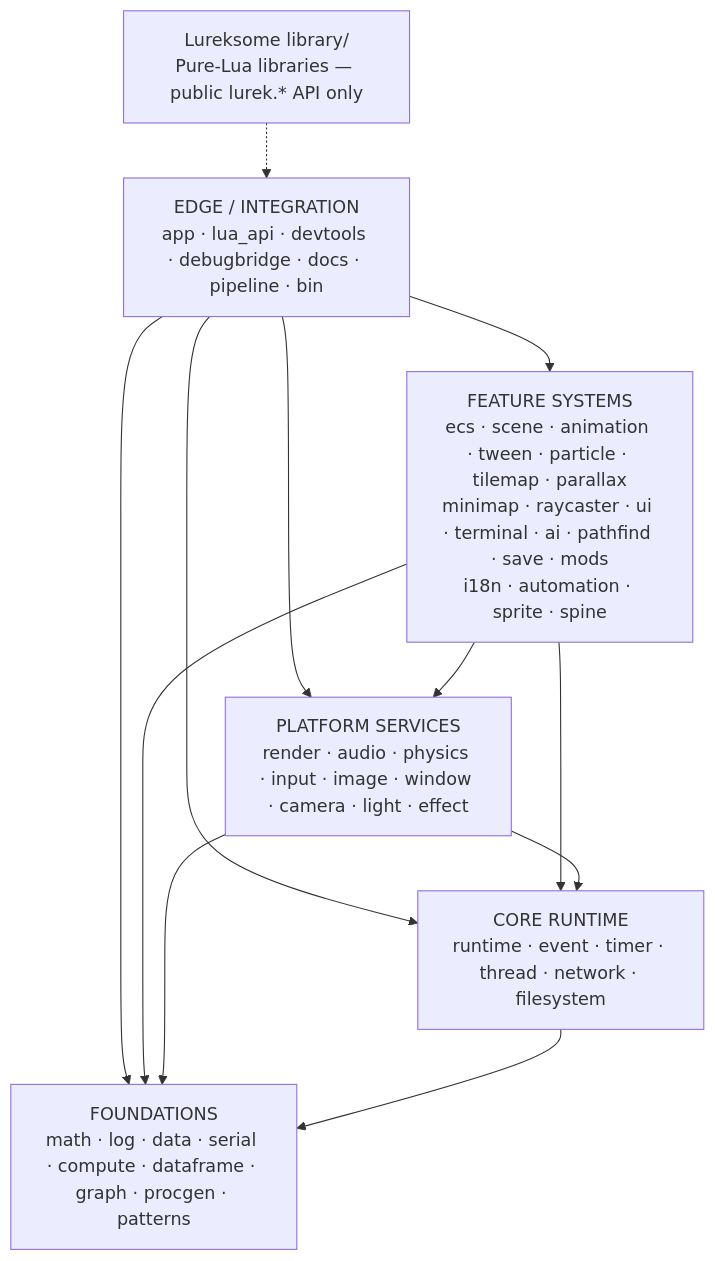
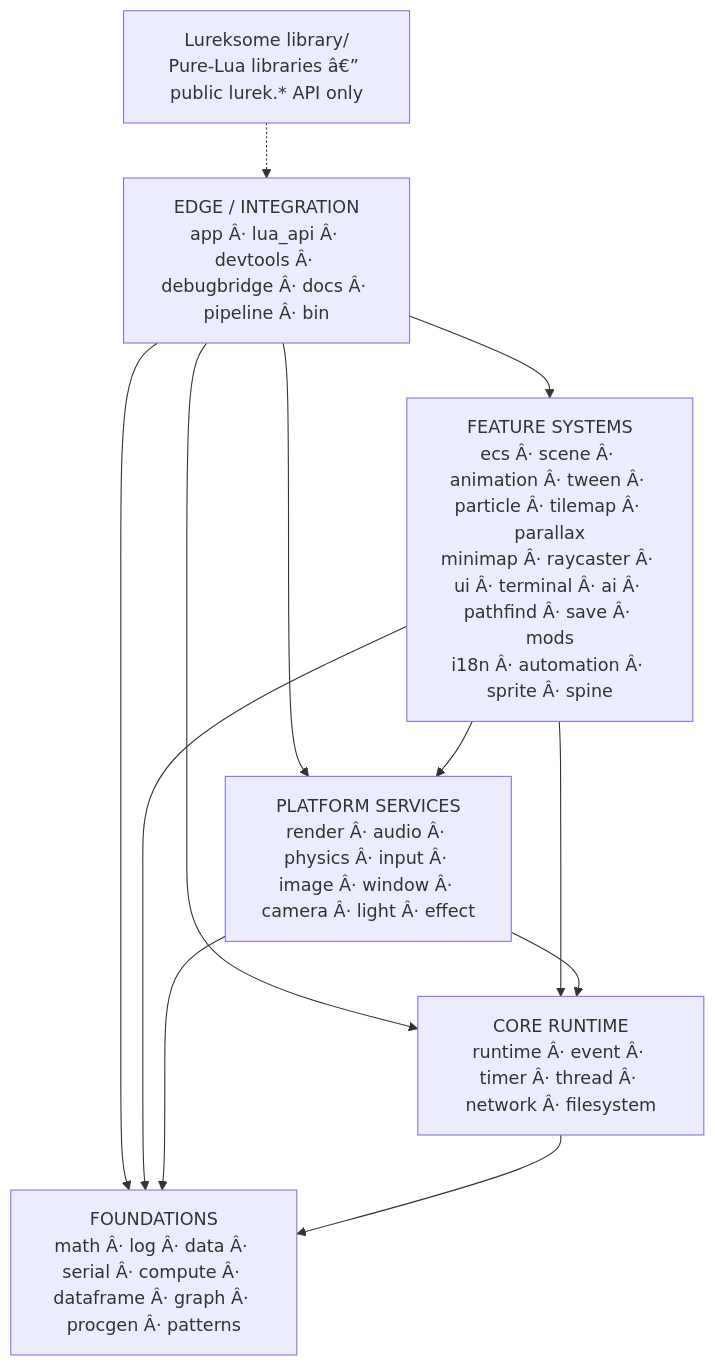
Before and after one commit to Lurek2D/lurek_2d: the first of 7 diagrams in docs/architecture/engine-architecture.md, drawn with Mermaid. The commit also changed other lines of this file and 174 other files, not shown here.

````diff
--- a/docs/architecture/engine-architecture.md
+++ b/docs/architecture/engine-architecture.md
@@ -62,21 +62,21 @@
 ```mermaid
 graph TD
-    E["EDGE / INTEGRATION<br/>app · lua_api · devtools · debugbridge · docs · pipeline · bin"]
-    F["FEATURE SYSTEMS<br/>ecs · scene · animation · tween · particle · tilemap · parallax<br/>minimap · raycaster · ui · terminal · ai · pathfind · save · mods<br/>i18n · automation · sprite · spine"]
-    P["PLATFORM SERVICES<br/>render · audio · physics · input · image · window · camera · light · effect"]
-    C["CORE RUNTIME<br/>runtime · event · timer · thread · network · filesystem"]
-    B["FOUNDATIONS<br/>math · log · data · serial · compute · dataframe · graph · procgen · patterns"]
-    L["Lureksome library/<br/>Pure-Lua libraries — public lurek.* API only"]
+    E["EDGE / INTEGRATION<br/>app Â· lua_api Â· devtools Â· debugbridge Â· docs Â· pipeline Â· bin"]
+    F["FEATURE SYSTEMS<br/>ecs Â· scene Â· animation Â· tween Â· particle Â· tilemap Â· parallax<br/>minimap Â· raycaster Â· ui Â· terminal Â· ai Â· pathfind Â· save Â· mods<br/>i18n Â· automation Â· sprite Â· spine"]
+    P["PLATFORM SERVICES<br/>render Â· audio Â· physics Â· input Â· image Â· window Â· camera Â· light Â· effect"]
+    C["CORE RUNTIME<br/>runtime Â· event Â· timer Â· thread Â· network Â· filesystem"]
+    B["FOUNDATIONS<br/>math Â· log Â· data Â· serial Â· compute Â· dataframe Â· graph Â· procgen Â· patterns"]
+    L["Lureksome library/<br/>Pure-Lua libraries â€” public lurek.* API only"]
 
     E --> F
     E --> P
     E --> C
     E --> B
     F --> P
     F --> C
     F --> B
     P --> C
     P --> B
     C --> B
     L -.-> E
 ```
````
